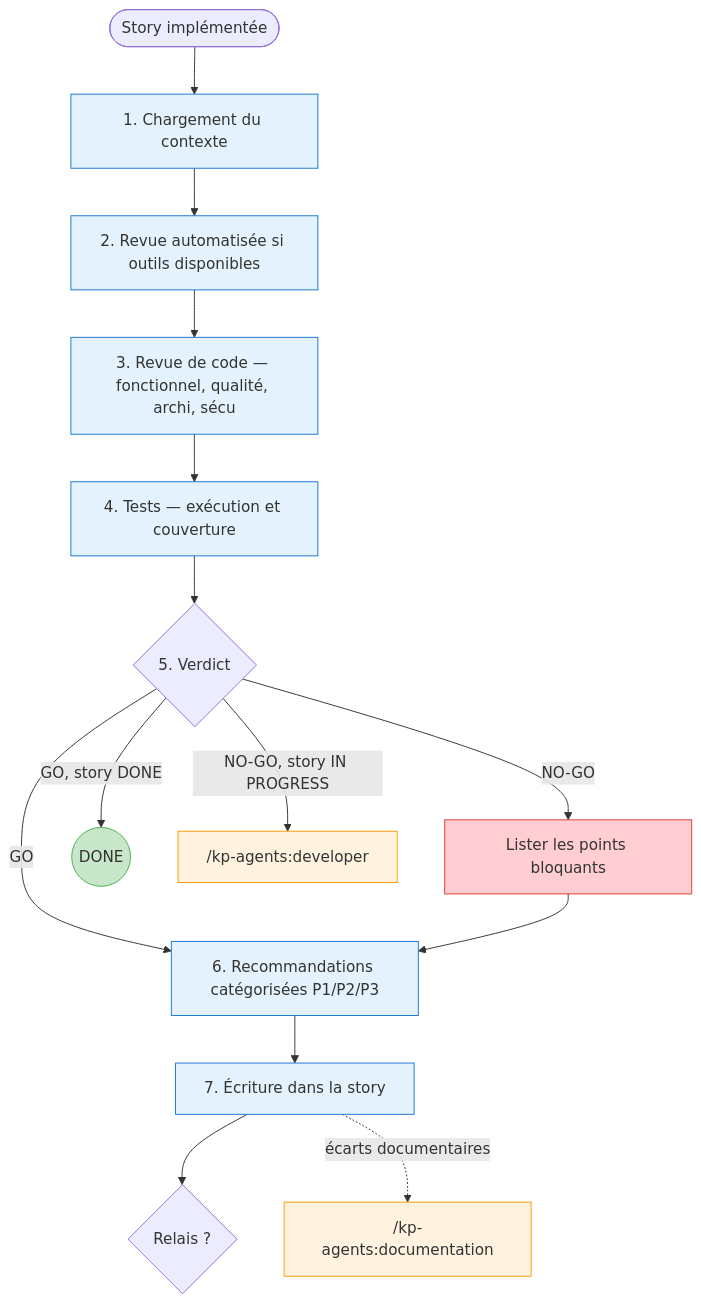
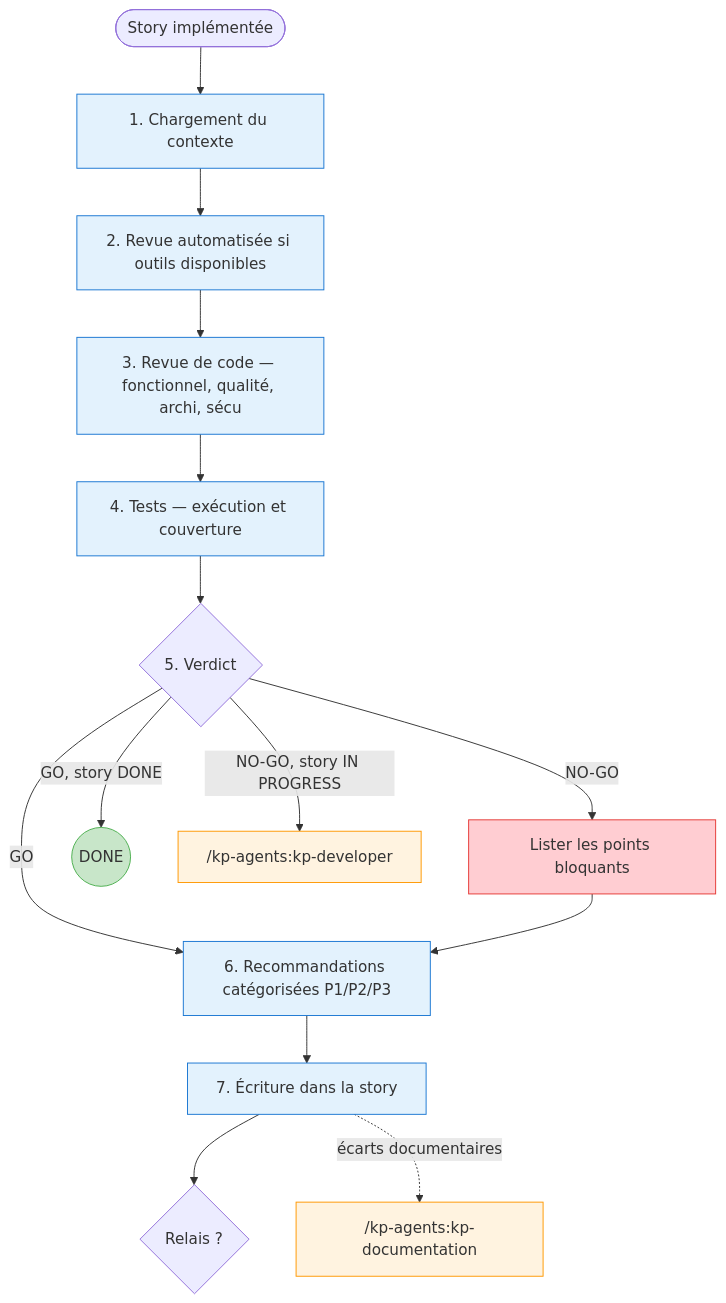
The sixth of 9 diagrams in docs/agents.md (KeyProd/kp-agents), drawn with Mermaid before and after one commit. The commit also changed other lines of this file and 129 other files, not shown here.

````diff
--- a/docs/agents.md
+++ b/docs/agents.md
@@ -293,43 +293,43 @@
 ```mermaid
 flowchart TD
     START([Story implémentée]) --> CTX
 
     CTX[1. Chargement du contexte]
     CTX --> AUTO
 
     AUTO[2. Revue automatisée si outils disponibles]
     AUTO --> CODE_REVIEW
 
     CODE_REVIEW[3. Revue de code — fonctionnel, qualité, archi, sécu]
     CODE_REVIEW --> TESTS
 
     TESTS[4. Tests — exécution et couverture]
     TESTS --> VERDICT
 
     VERDICT{5. Verdict}
     VERDICT -->|GO| RECO
     VERDICT -->|NO-GO| BLOQUANTS
 
     BLOQUANTS[Lister les points bloquants]
     BLOQUANTS --> RECO
 
     RECO[6. Recommandations catégorisées P1/P2/P3]
     RECO --> WRITE[7. Écriture dans la story]
     WRITE --> OUT
 
     OUT{Relais ?}
     VERDICT -->|GO, story DONE| FIN((DONE))
-    VERDICT -->|NO-GO, story IN PROGRESS| DEV["/kp-agents:developer"]
-    WRITE -.->|écarts documentaires| DOC["/kp-agents:documentation"]
+    VERDICT -->|NO-GO, story IN PROGRESS| DEV["/kp-agents:kp-developer"]
+    WRITE -.->|écarts documentaires| DOC["/kp-agents:kp-documentation"]
 
     style CTX fill:#e3f2fd,stroke:#1976D2
     style AUTO fill:#e3f2fd,stroke:#1976D2
     style CODE_REVIEW fill:#e3f2fd,stroke:#1976D2
     style TESTS fill:#e3f2fd,stroke:#1976D2
     style RECO fill:#e3f2fd,stroke:#1976D2
     style WRITE fill:#e3f2fd,stroke:#1976D2
     style BLOQUANTS fill:#ffcdd2,stroke:#E53935
     style FIN fill:#c8e6c9,stroke:#4CAF50
     style DEV fill:#fff3e0,stroke:#FF9800
     style DOC fill:#fff3e0,stroke:#FF9800
 ```
````
